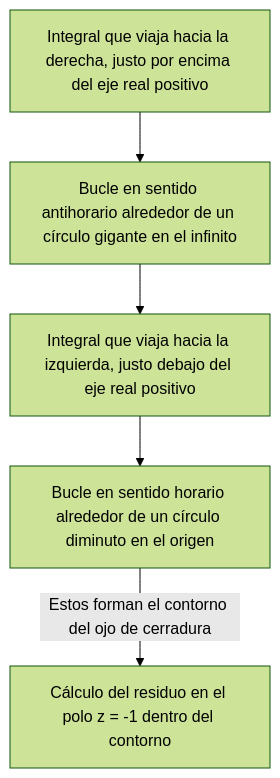
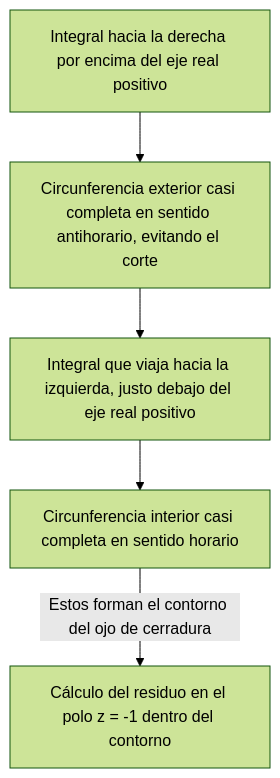
One commit to kenjinote/blog changed the third of 3 diagrams in content/post/residue-theorem/index.es.md. Above: the diagram before and after it, drawn with Mermaid (forest theme). The commit also changed other lines of this file and 11 other files, not shown here.

````diff
--- a/content/post/residue-theorem/index.es.md
+++ b/content/post/residue-theorem/index.es.md
@@ -166,7 +167,7 @@
 ```mermaid
 flowchart TD
-    A["Integral que viaja hacia la derecha, justo por encima del eje real positivo"] --> B["Bucle en sentido antihorario alrededor de un círculo gigante en el infinito"]
+    A["Integral hacia la derecha por encima del eje real positivo"] --> B["Circunferencia exterior casi completa en sentido antihorario, evitando el corte"]
     B --> C["Integral que viaja hacia la izquierda, justo debajo del eje real positivo"]
-    C --> D["Bucle en sentido horario alrededor de un círculo diminuto en el origen"]
+    C --> D["Circunferencia interior casi completa en sentido horario"]
     D -->|"Estos forman el contorno del ojo de cerradura"| E["Cálculo del residuo en el polo z = -1 dentro del contorno"]
 ```
````
